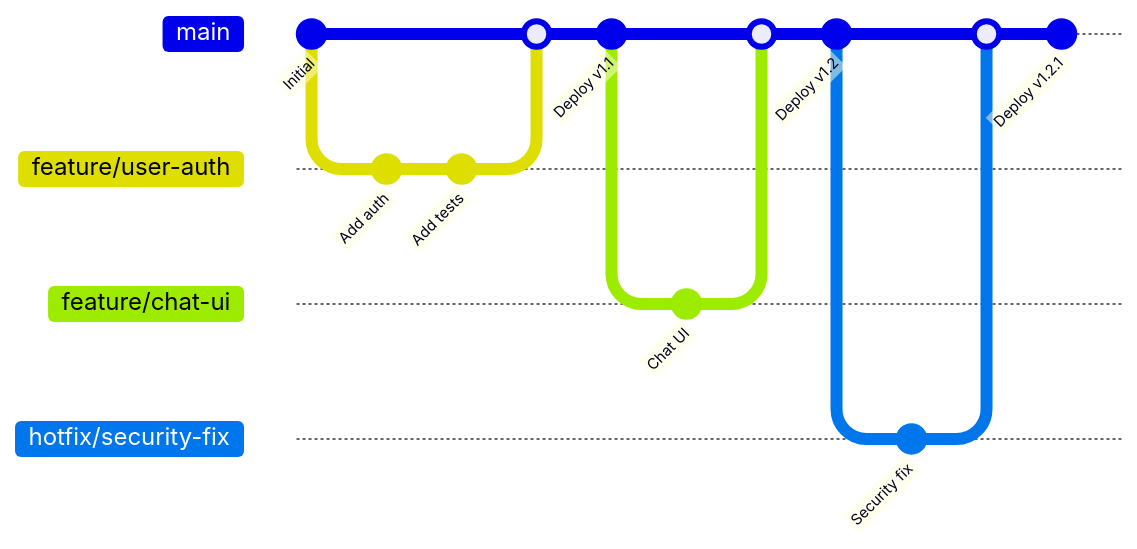
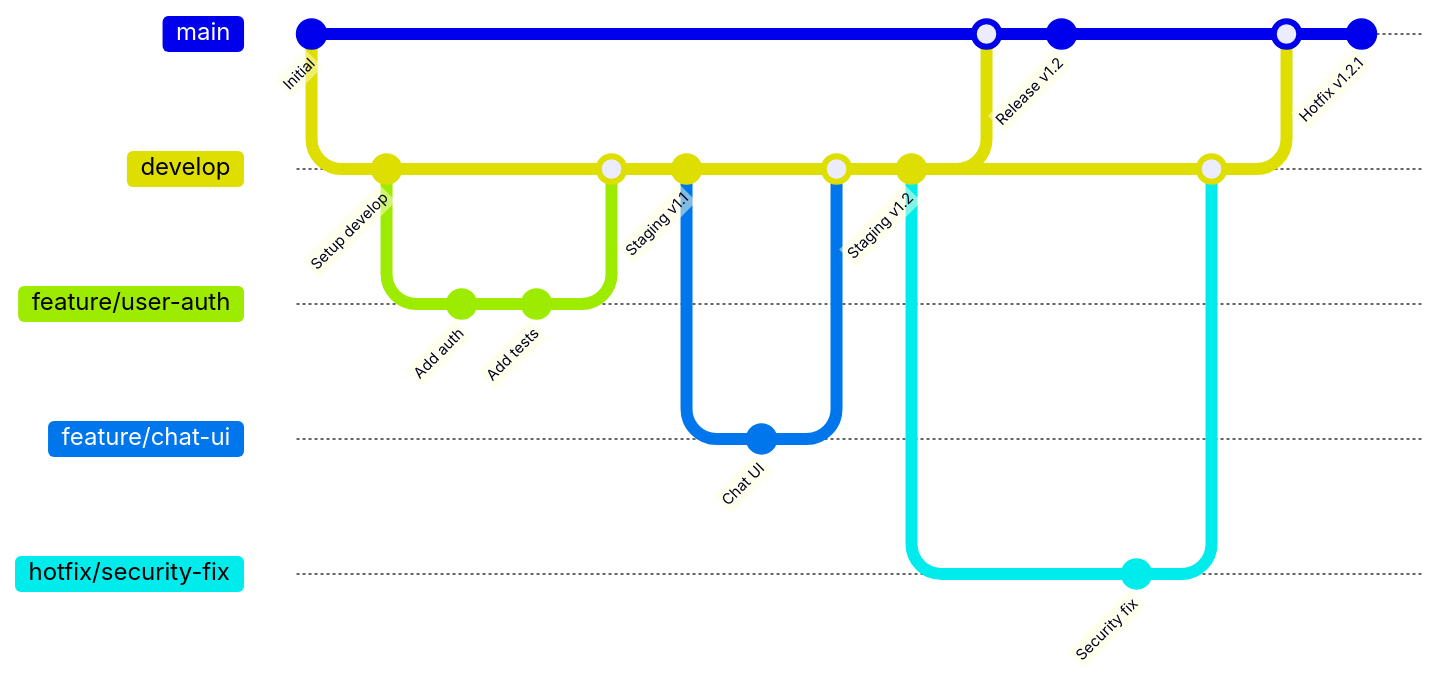
Before and after one commit to RussOakham/macro-ai: the first of 3 diagrams in docs/operations/merge-strategy.md, drawn with Mermaid. The commit also changed other lines of this file and 24 other files, not shown here.

Commit message:
ci(git flow): refactor from trunk-based to git flow based development workflow

````diff
--- a/docs/operations/merge-strategy.md
+++ b/docs/operations/merge-strategy.md
@@ -23,23 +23,36 @@
 ```mermaid
 gitGraph
     commit id: "Initial"
+    branch develop
+    checkout develop
+    commit id: "Setup develop"
+
     branch feature/user-auth
     checkout feature/user-auth
     commit id: "Add auth"
     commit id: "Add tests"
-    checkout main
+    checkout develop
     merge feature/user-auth
-    commit id: "Deploy v1.1"
+    commit id: "Staging v1.1"
+
     branch feature/chat-ui
     checkout feature/chat-ui
     commit id: "Chat UI"
+    checkout develop
+    merge feature/chat-ui
+    commit id: "Staging v1.2"
+
     checkout main
-    merge feature/chat-ui
-    commit id: "Deploy v1.2"
+    merge develop
+    commit id: "Release v1.2"
+
+    checkout develop
     branch hotfix/security-fix
     checkout hotfix/security-fix
     commit id: "Security fix"
+    checkout develop
+    merge hotfix/security-fix
     checkout main
-    merge hotfix/security-fix
-    commit id: "Deploy v1.2.1"
+    merge develop
+    commit id: "Hotfix v1.2.1"
 ```
````
